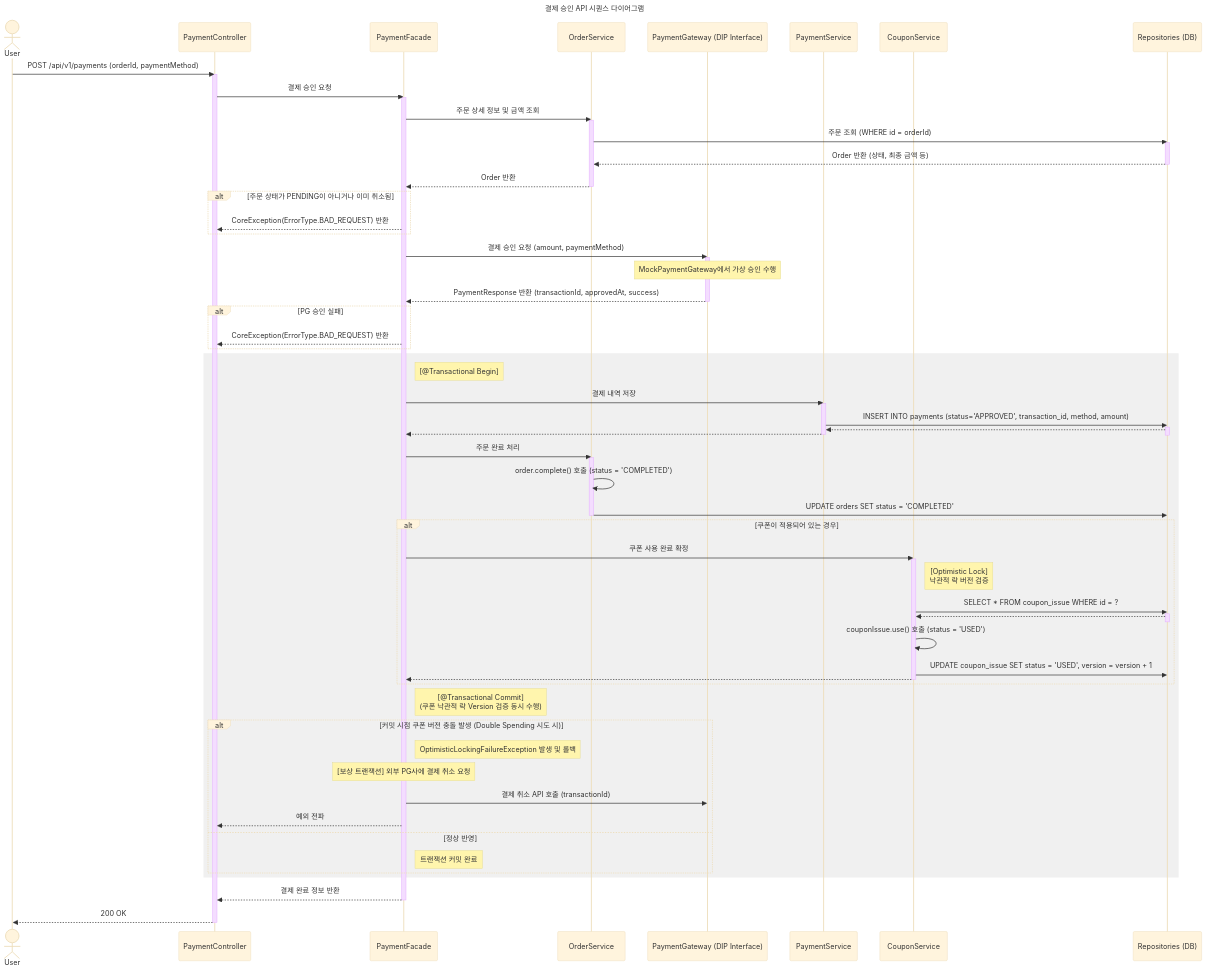
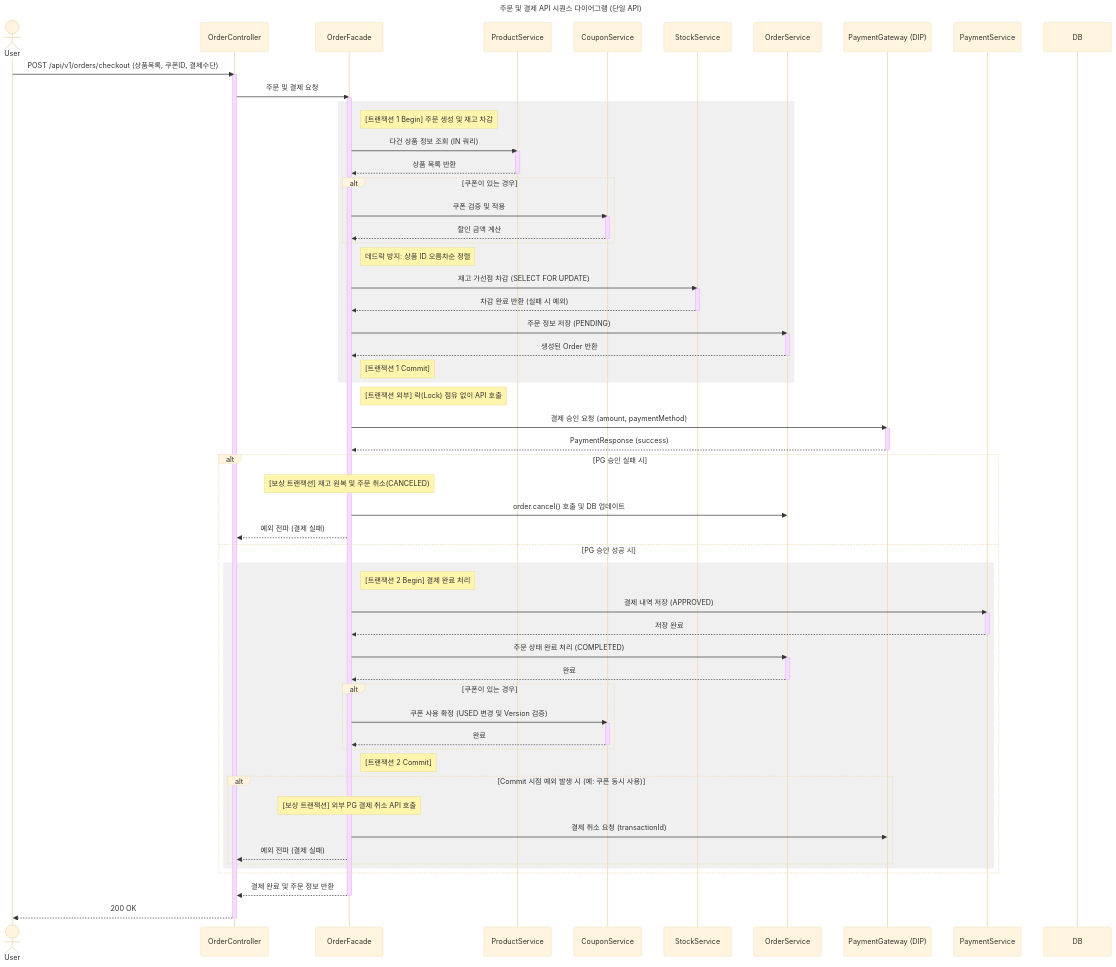
One commit to loopers-labs/loop-pack-be-l2-vol4-java changed the first of 4 diagrams in docs/week2/02-sequence-diagrams.md. Above: the diagram before and after it, drawn with Mermaid (base theme). The commit also changed other lines of this file and 3 other files, not shown here.

````diff
--- a/docs/week2/02-sequence-diagrams.md
+++ b/docs/week2/02-sequence-diagrams.md
@@ -104,89 +1,94 @@
 ```mermaid
 sequenceDiagram
-    title 결제 승인 API 시퀀스 다이어그램
+    title 주문 및 결제 API 시퀀스 다이어그램 (단일 API)
     actor User
-    participant Controller as PaymentController
-    participant Facade as PaymentFacade
+    participant Controller as OrderController
+    participant Facade as OrderFacade
+    participant ProductSvc as ProductService
+    participant CouponSvc as CouponService
+    participant StockSvc as StockService
     participant OrderSvc as OrderService
-    participant PG as PaymentGateway (DIP Interface)
+    participant PG as PaymentGateway (DIP)
     participant PaySvc as PaymentService
-    participant CouponSvc as CouponService
-    participant Repo as Repositories (DB)
+    participant Repo as DB
 
-    User->>Controller: POST /api/v1/payments (orderId, paymentMethod)
+    User->>Controller: POST /api/v1/orders/checkout (상품목록, 쿠폰ID, 결제수단)
     activate Controller
 
-    Controller->>Facade: 결제 승인 요청
+    Controller->>Facade: 주문 및 결제 요청
     activate Facade
 
-    Facade->>OrderSvc: 주문 상세 정보 및 금액 조회
-    activate OrderSvc
-    OrderSvc->>Repo: 주문 조회 (WHERE id = orderId)
-    activate Repo
-    Repo-->>OrderSvc: Order 반환 (상태, 최종 금액 등)
-    deactivate Repo
-    OrderSvc-->>Facade: Order 반환
-    deactivate OrderSvc
+    rect rgb(240, 240, 240)
+        Note right of Facade: [트랜잭션 1 Begin] 주문 생성 및 재고 차감
 
-    alt 주문 상태가 PENDING이 아니거나 이미 취소됨
-        Facade-->>Controller: CoreException(ErrorType.BAD_REQUEST) 반환
+        Facade->>ProductSvc: 다건 상품 정보 조회 (IN 쿼리)
+        activate ProductSvc
+        ProductSvc-->>Facade: 상품 목록 반환
+        deactivate ProductSvc
+
+        alt 쿠폰이 있는 경우
+            Facade->>CouponSvc: 쿠폰 검증 및 적용
+            activate CouponSvc
+            CouponSvc-->>Facade: 할인 금액 계산
+            deactivate CouponSvc
+        end
+
+        Note right of Facade: 데드락 방지: 상품 ID 오름차순 정렬
+        Facade->>StockSvc: 재고 가선점 차감 (SELECT FOR UPDATE)
+        activate StockSvc
+        StockSvc-->>Facade: 차감 완료 반환 (실패 시 예외)
+        deactivate StockSvc
+
+        Facade->>OrderSvc: 주문 정보 저장 (PENDING)
+        activate OrderSvc
+        OrderSvc-->>Facade: 생성된 Order 반환
+        deactivate OrderSvc
+
+        Note right of Facade: [트랜잭션 1 Commit]
     end
 
     %% 외부 PG API 호출 (트랜잭션 외부)
+    Note right of Facade: [트랜잭션 외부] 락(Lock) 점유 없이 API 호출
     Facade->>PG: 결제 승인 요청 (amount, paymentMethod)
     activate PG
-    Note over PG: MockPaymentGateway에서 가상 승인 수행
-    PG-->>Facade: PaymentResponse 반환 (transactionId, approvedAt, success)
+    PG-->>Facade: PaymentResponse (success)
     deactivate PG
 
-    alt PG 승인 실패
-        Facade-->>Controller: CoreException(ErrorType.BAD_REQUEST) 반환
-    end
+    alt PG 승인 실패 시
+        Note over Facade: [보상 트랜잭션] 재고 원복 및 주문 취소(CANCELED)
+        Facade->>OrderSvc: order.cancel() 호출 및 DB 업데이트
+        Facade-->>Controller: 예외 전파 (결제 실패)
+    else PG 승인 성공 시
+        rect rgb(240, 240, 240)
+            Note right of Facade: [트랜잭션 2 Begin] 결제 완료 처리
+            
+            Facade->>PaySvc: 결제 내역 저장 (APPROVED)
+            activate PaySvc
+            PaySvc-->>Facade: 저장 완료
+            deactivate PaySvc
 
-    rect rgb(240, 240, 240)
-        Note right of Facade: [@Transactional Begin]
-        
-        Facade->>PaySvc: 결제 내역 저장
-        activate PaySvc
-        PaySvc->>Repo: INSERT INTO payments (status='APPROVED', transaction_id, method, amount)
-        activate Repo
-        Repo-->>PaySvc: 
-        deactivate Repo
-        PaySvc-->>Facade: 
-        deactivate PaySvc
+            Facade->>OrderSvc: 주문 상태 완료 처리 (COMPLETED)
+            activate OrderSvc
+            OrderSvc-->>Facade: 완료
+            deactivate OrderSvc
 
-        Facade->>OrderSvc: 주문 완료 처리
-        activate OrderSvc
-        OrderSvc->>OrderSvc: order.complete() 호출 (status = 'COMPLETED')
-        OrderSvc->>Repo: UPDATE orders SET status = 'COMPLETED'
-        deactivate OrderSvc
+            alt 쿠폰이 있는 경우
+                Facade->>CouponSvc: 쿠폰 사용 확정 (USED 변경 및 Version 검증)
+                activate CouponSvc
+                CouponSvc-->>Facade: 완료
+                deactivate CouponSvc
+            end
 
-        alt 쿠폰이 적용되어 있는 경우
-            Facade->>CouponSvc: 쿠폰 사용 완료 확정
-            activate CouponSvc
-            Note right of CouponSvc: [Optimistic Lock]<br/>낙관적 락 버전 검증
-            CouponSvc->>Repo: SELECT * FROM coupon_issue WHERE id = ?
-            activate Repo
-            Repo-->>CouponSvc: 
-            deactivate Repo
-            CouponSvc->>CouponSvc: couponIssue.use() 호출 (status = 'USED')
-            CouponSvc->>Repo: UPDATE coupon_issue SET status = 'USED', version = version + 1
-            CouponSvc-->>Facade: 
-            deactivate CouponSvc
-        end
-
-        Note right of Facade: [@Transactional Commit]<br/>(쿠폰 낙관적 락 Version 검증 동시 수행)
-        alt 커밋 시점 쿠폰 버전 충돌 발생 (Double Spending 시도 시)
-            Note right of Facade: OptimisticLockingFailureException 발생 및 롤백
-            Note over Facade: [보상 트랜잭션] 외부 PG사에 결제 취소 요청
-            Facade->>PG: 결제 취소 API 호출 (transactionId)
-            Facade-->>Controller: 예외 전파
-        else 정상 반영
-            Note right of Facade: 트랜잭션 커밋 완료
+            Note right of Facade: [트랜잭션 2 Commit] 
+            alt Commit 시점 예외 발생 시 (예: 쿠폰 동시 사용)
+                Note over Facade: [보상 트랜잭션] 외부 PG 결제 취소 API 호출
+                Facade->>PG: 결제 취소 요청 (transactionId)
+                Facade-->>Controller: 예외 전파 (결제 실패)
+            end
         end
     end
 
-    Facade-->>Controller: 결제 완료 정보 반환
+    Facade-->>Controller: 결제 완료 및 주문 정보 반환
     deactivate Facade
     Controller-->>User: 200 OK
     deactivate Controller
````
